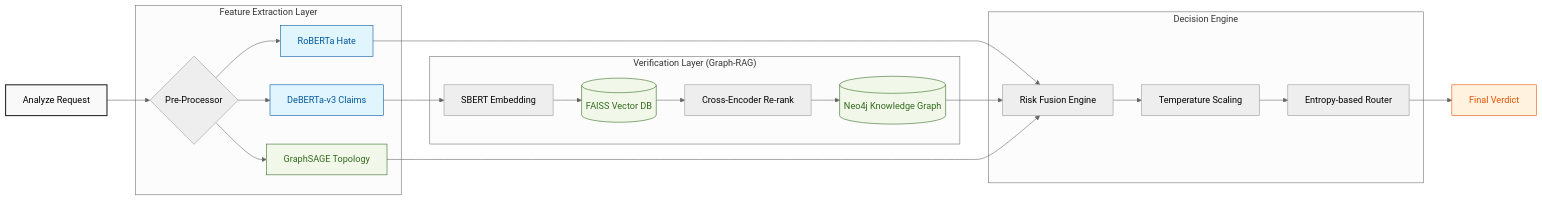
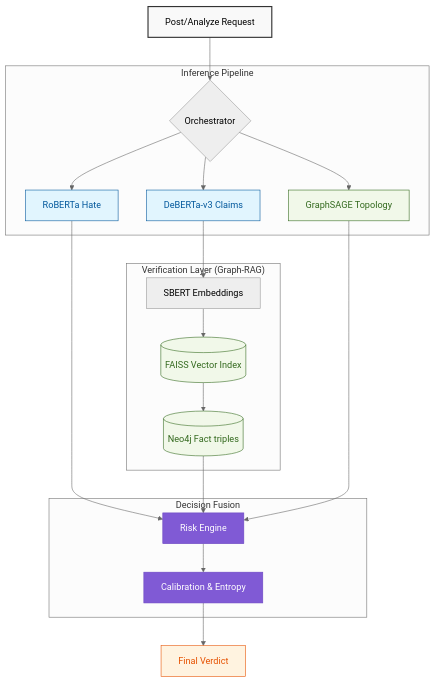
The first of 2 diagrams in README.md (kunal-gh/OSKAR), drawn with Mermaid (neutral theme) before and after one commit. The commit also changed other lines of this file, not shown here.

Commit message:
docs: Final definitive README with high-end visuals and math rendering fixes

````diff
--- a/README.md
+++ b/README.md
@@ -30,32 +38,31 @@
 ```mermaid
-graph LR
-    classDef sys_input fill:#f9f9f9,stroke:#333,stroke-width:2px;
-    classDef sys_nlp fill:#e1f5fe,stroke:#01579b,color:#01579b;
-    classDef sys_data fill:#f1f8e9,stroke:#33691e,color:#33691e;
-    classDef sys_output fill:#fff3e0,stroke:#e65100,color:#e65100;
+graph TD
+    classDef input_style fill:#f9f9f9,stroke:#333,stroke-width:2px;
+    classDef nlp_style fill:#e1f5fe,stroke:#01579b,color:#01579b;
+    classDef data_style fill:#f1f8e9,stroke:#33691e,color:#33691e;
+    classDef core_style fill:#805ad5,stroke:#6b46c1,color:#fff;
+    classDef exit_style fill:#fff3e0,stroke:#e65100,color:#e65100;
 
-    REQ[Analyze Request]:::sys_input --> INP{Pre-Processor}
+    START[Post/Analyze Request]:::input_style --> INP{Orchestrator}
     
-    subgraph "Feature Extraction Layer"
-        INP --> HATE[RoBERTa Hate]:::sys_nlp
-        INP --> CLAIM[DeBERTa-v3 Claims]:::sys_nlp
-        INP --> GNN[GraphSAGE Topology]:::sys_data
+    subgraph "Inference Pipeline"
+        INP --> HATE[RoBERTa Hate]:::nlp_style
+        INP --> CLAIM[DeBERTa-v3 Claims]:::nlp_style
+        INP --> GNN[GraphSAGE Topology]:::data_style
     end
 
     subgraph "Verification Layer (Graph-RAG)"
-        CLAIM --> SBERT[SBERT Embedding]
-        SBERT --> FAISS[(FAISS Vector DB)]:::sys_data
-        FAISS --> CROSS[Cross-Encoder Re-rank]
-        CROSS --> N4J[(Neo4j Knowledge Graph)]:::sys_data
+        CLAIM --> EMB[SBERT Embeddings]
+        EMB --> FAISS[(FAISS Vector Index)]:::data_style
+        FAISS --> N4J[(Neo4j Fact triples)]:::data_style
     end
 
-    subgraph "Decision Engine"
-        HATE --> FUSION[Risk Fusion Engine]
+    subgraph "Decision Fusion"
+        HATE --> FUSION[Risk Engine]:::core_style
         N4J --> FUSION
         GNN --> FUSION
-        FUSION --> TEMP[Temperature Scaling]
-        TEMP --> ENTROPY[Entropy-based Router]
+        FUSION --> CAL[Calibration & Entropy]:::core_style
     end
 
-    ENTROPY --> ACTION[Final Verdict]:::sys_output
+    CAL --> VERDICT[Final Verdict]:::exit_style
 ```
````
